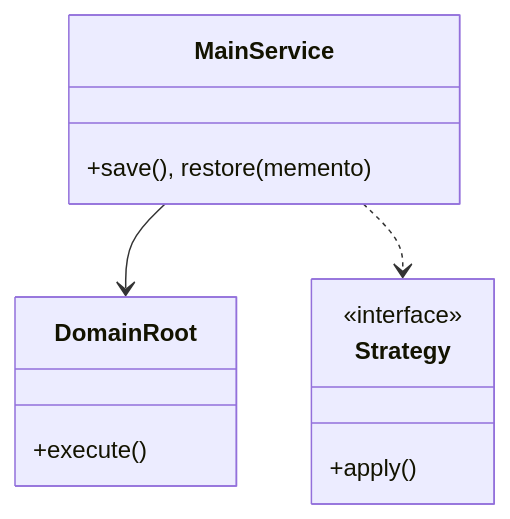
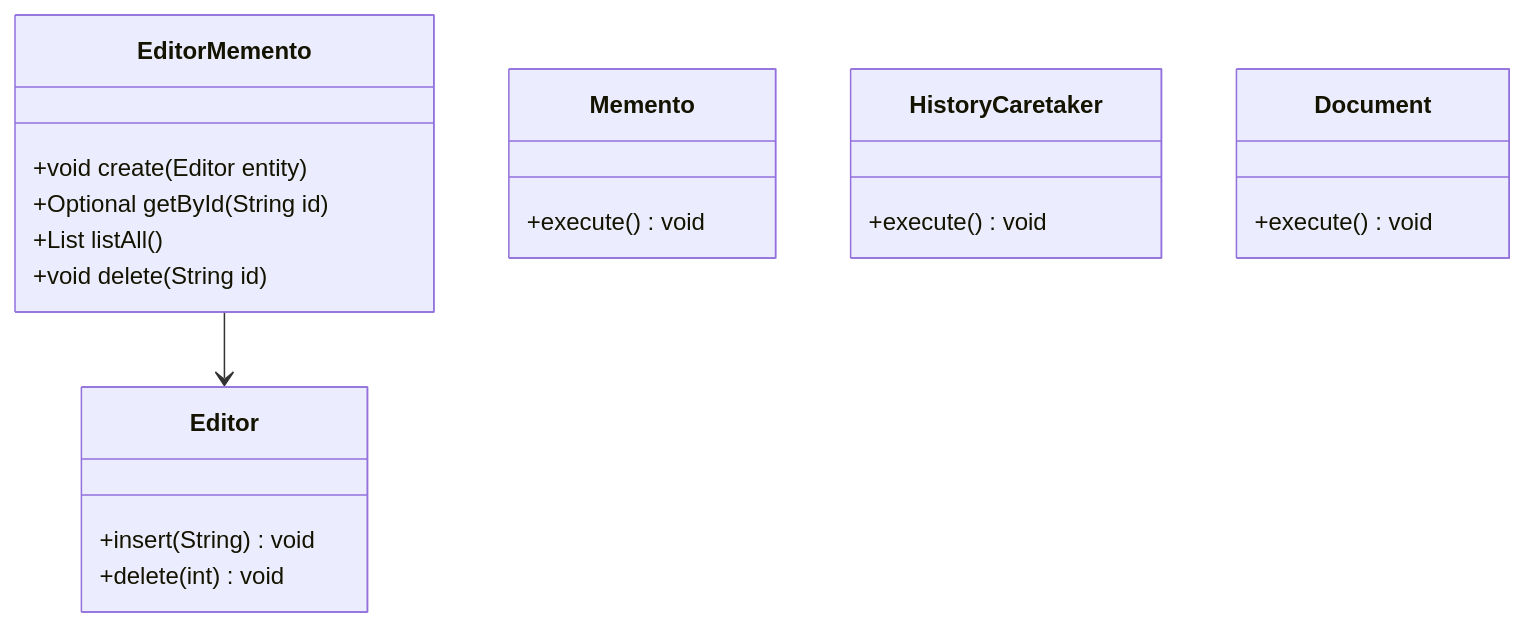
The first of 3 diagrams in Learn/System Design - Low Level Design/03-design-patterns/questions/Q20-memento-text-editor.md (madhupaila/Interview-Prep-SSE), drawn with Mermaid before and after one commit. The commit also changed other lines of this file and 491 other files, not shown here.

````diff
--- a/Learn/System Design - Low Level Design/03-design-patterns/questions/Q20-memento-text-editor.md
+++ b/Learn/System Design - Low Level Design/03-design-patterns/questions/Q20-memento-text-editor.md
@@ -73,15 +91,23 @@
 ```mermaid
 classDiagram
-    class MainService {
-        +save(), restore(memento)
+    class EditorMemento {
+        +void create(Editor entity)
+        +Optional<Editor> getById(String id)
+        +List<Editor> listAll()
+        +void delete(String id)
     }
-    class DomainRoot {
-        +execute()
+    class Editor {
+        +insert(String) void
+        +delete(int) void
     }
-    class Strategy {
-        <<interface>>
-        +apply()
+    class Memento {
+        +execute() void
     }
-    MainService --> DomainRoot
-    MainService ..> Strategy
+    class HistoryCaretaker {
+        +execute() void
+    }
+    class Document {
+        +execute() void
+    }
+    EditorMemento --> Editor
 ```
````
